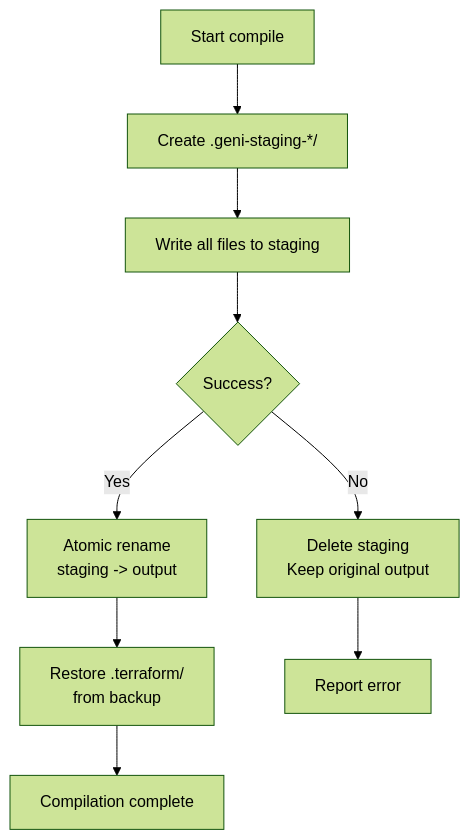
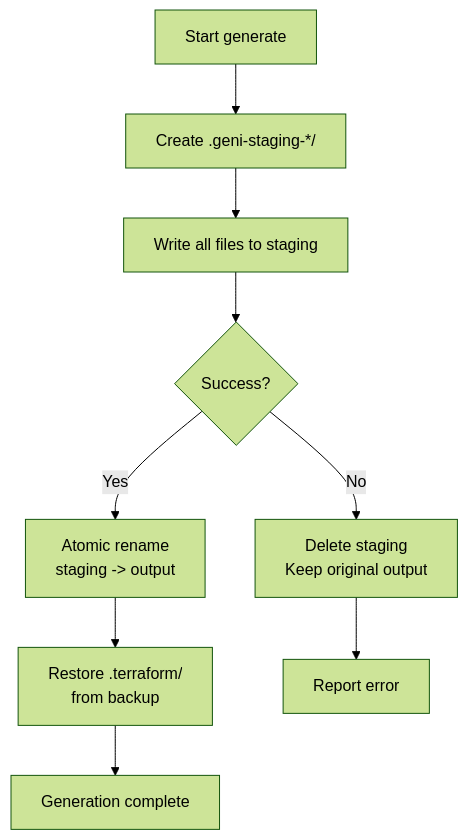
Before and after one commit to AgathEmmanuel/geni: the eighth of 16 diagrams in ARCHITECTURE.md, drawn with Mermaid (forest theme). The commit also changed other lines of this file and 46 other files, not shown here.

````diff
--- a/ARCHITECTURE.md
+++ b/ARCHITECTURE.md
@@ -294,16 +333,16 @@
 ```mermaid
 flowchart TD
-    Start["Start compile"]
+    Start["Start generate"]
     Stage["Create .geni-staging-*/"]
     Write["Write all files to staging"]
     Check{Success?}
     Swap["Atomic rename<br/>staging -> output"]
     Restore["Restore .terraform/<br/>from backup"]
-    Done["Compilation complete"]
+    Done["Generation complete"]
     Cleanup["Delete staging<br/>Keep original output"]
     Error["Report error"]
 
     Start --> Stage --> Write --> Check
     Check -->|Yes| Swap --> Restore --> Done
     Check -->|No| Cleanup --> Error
 ```
````
